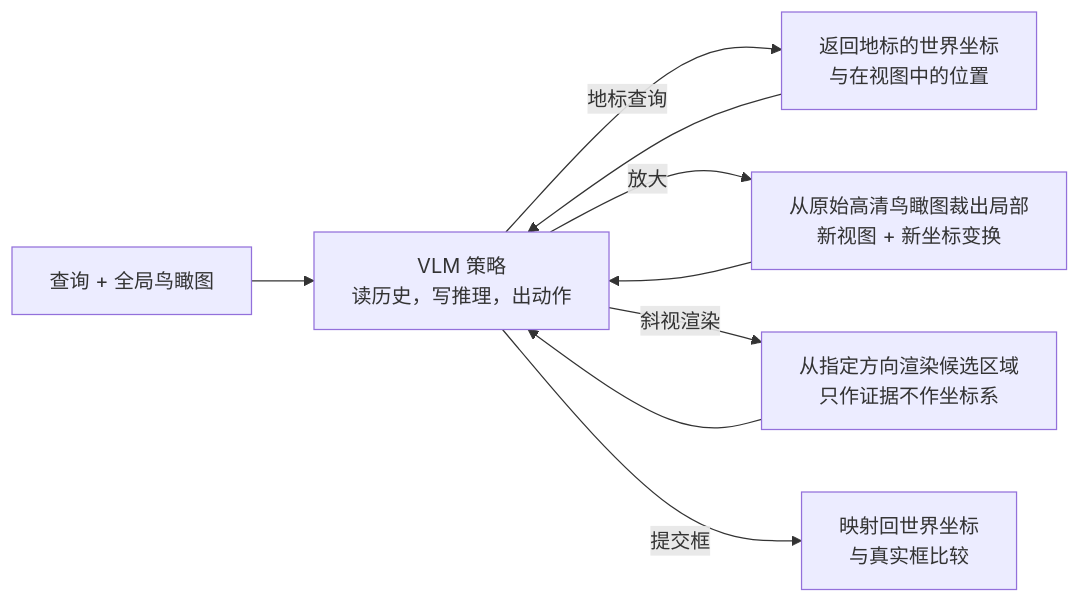
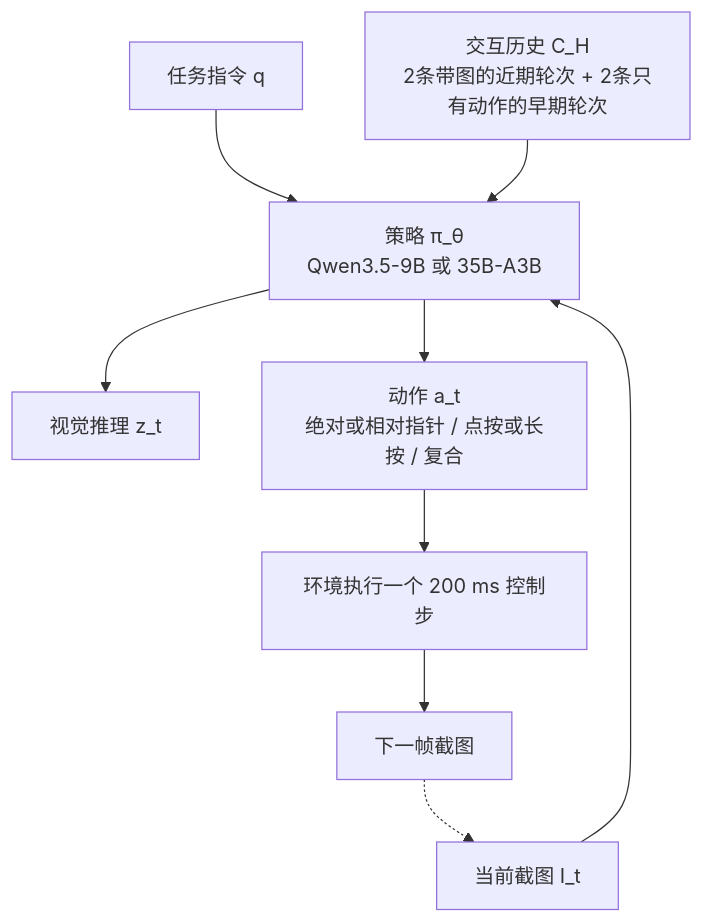
Before and after one commit to yingwang/paper-reads: the second of 5 diagrams in docs/index.md, drawn with Mermaid. The commit also changed other lines of this file and 2 other files, not shown here.

````diff
--- a/docs/index.md
+++ b/docs/index.md
@@ -79,11 +81,11 @@
 ```mermaid
-graph LR
-    Q[查询 + 全局鸟瞰图] --> P[VLM 策略<br/>读历史，写推理，出动作]
-    P -->|地标查询| L[返回地标的世界坐标<br/>与在视图中的位置]
-    P -->|放大| Z[从原始高清鸟瞰图裁出局部<br/>新视图 + 新坐标变换]
-    P -->|斜视渲染| O[从指定方向渲染候选区域<br/>只作证据不作坐标系]
-    L --> P
-    Z --> P
-    O --> P
-    P -->|提交框| F[映射回世界坐标<br/>与真实框比较]
+flowchart TD
+    Q[任务指令 q] --> P
+    I[当前截图 I_t] --> P
+    H[交互历史 C_H<br/>2条带图的近期轮次 + 2条只有动作的早期轮次] --> P
+    P[策略 π_θ<br/>Qwen3.5-9B 或 35B-A3B] --> Z[视觉推理 z_t]
+    P --> A[动作 a_t<br/>绝对或相对指针 / 点按或长按 / 复合]
+    A --> ENV[环境执行一个 200 ms 控制步]
+    ENV --> I2[下一帧截图]
+    I2 -.-> I
 ```
````
